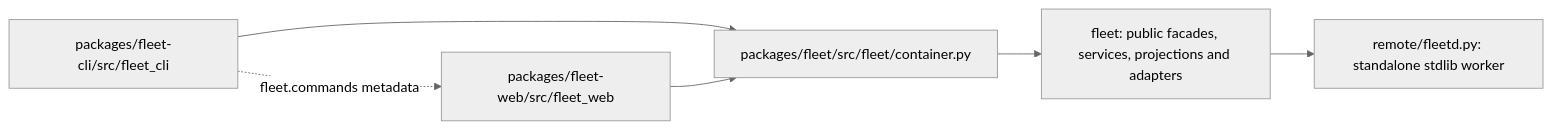
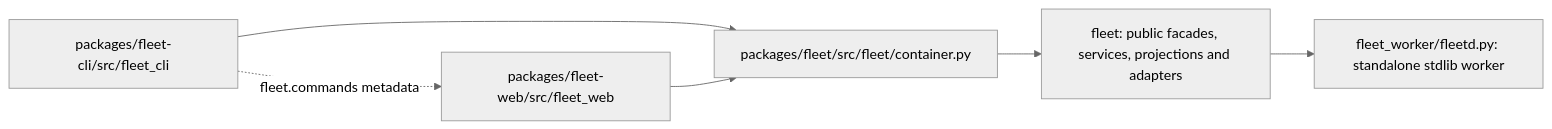
The second of 2 diagrams in CONTEXT.md (adieyal/agent-fleet), drawn with Mermaid (neutral theme) before and after one commit. The commit also changed other lines of this file and 60 other files, not shown here.

Commit message:
feat(worker): split fleetd distribution and enforce wire protocol

````diff
--- a/CONTEXT.md
+++ b/CONTEXT.md
@@ -303,8 +303,8 @@
 ```mermaid
 flowchart LR
   CLI["packages/fleet-cli/src/fleet_cli"] --> Container["packages/fleet/src/fleet/container.py"]
   Web["packages/fleet-web/src/fleet_web"] --> Container
   Container --> Library["fleet: public facades, services, projections and adapters"]
   CLI -. "fleet.commands metadata" .-> Web
-  Library --> Worker["remote/fleetd.py: standalone stdlib worker"]
+  Library --> Worker["fleet_worker/fleetd.py: standalone stdlib worker"]
 ```
````
